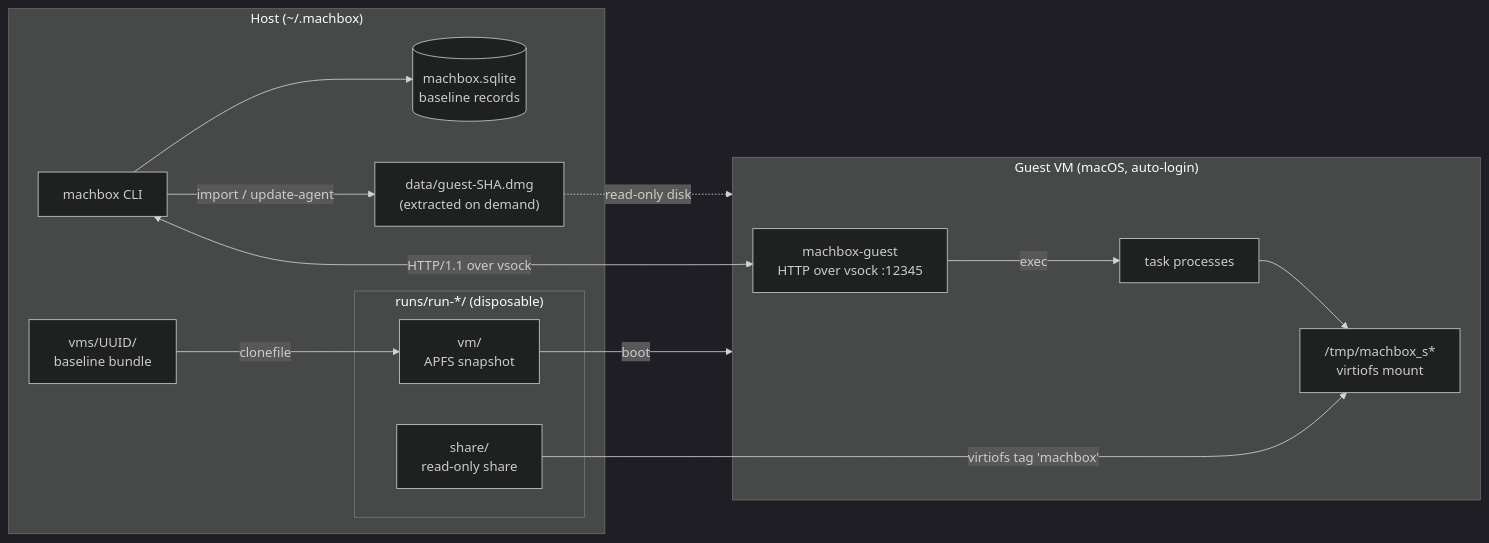
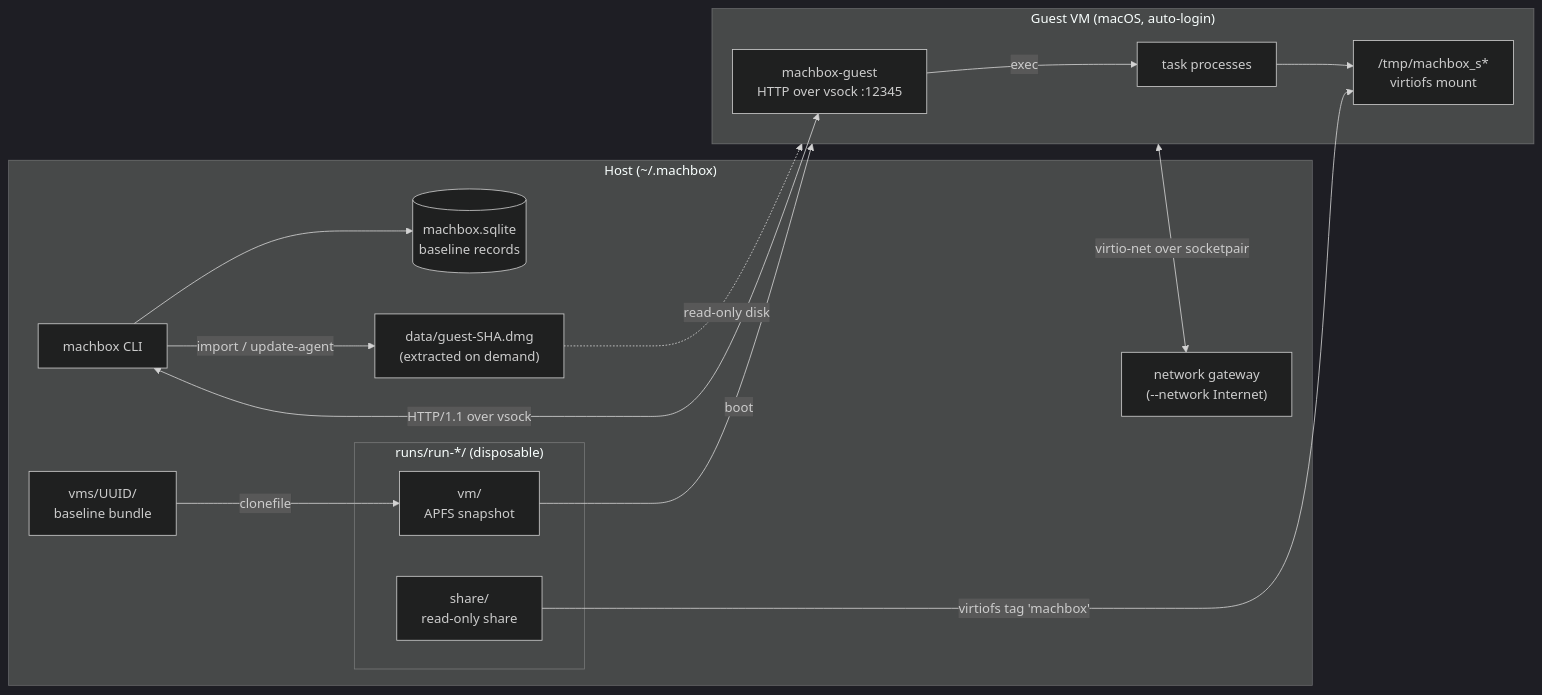
The diagram in docs/architecture.md (ac0d3r/machbox), drawn with Mermaid (dark theme) before and after one commit. The commit also changed other lines of this file and 1 other file, not shown here.

````diff
--- a/docs/architecture.md
+++ b/docs/architecture.md
@@ -9,29 +10,31 @@
 ```mermaid
 flowchart LR
     subgraph Host["Host (~/.machbox)"]
         CLI["machbox CLI"]
         DB[("machbox.sqlite<br>baseline records")]
         GuestDMG["data/guest-SHA.dmg<br>(extracted on demand)"]
         Baseline["vms/UUID/<br>baseline bundle"]
         subgraph Run["runs/run-*/ (disposable)"]
             Snap["vm/<br>APFS snapshot"]
             Share["share/<br>read-only share"]
         end
+        Gateway["network gateway<br>(--network Internet)"]
     end
 
     subgraph Guest["Guest VM (macOS, auto-login)"]
         Agent["machbox-guest<br>HTTP over vsock :12345"]
         Proc["task processes"]
         Mount["/tmp/machbox_s*<br>virtiofs mount"]
     end
 
     CLI --> DB
     CLI -->|import / update-agent| GuestDMG
     GuestDMG -.->|read-only disk| Guest
     Baseline -->|clonefile| Snap
     Snap -->|boot| Guest
     Share -->|virtiofs tag 'machbox'| Mount
     CLI <-->|HTTP/1.1 over vsock| Agent
+    Guest <-->|virtio-net over socketpair| Gateway
     Agent -->|exec| Proc
     Proc --> Mount
 ```
````
